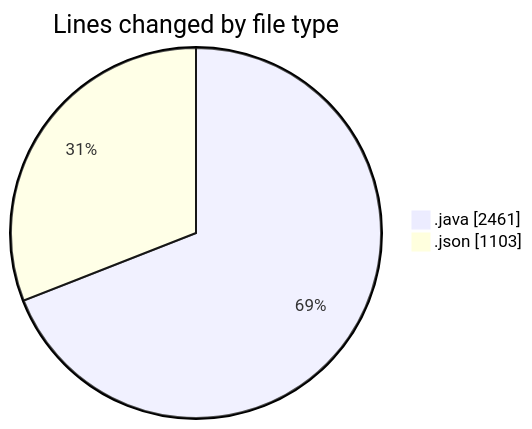
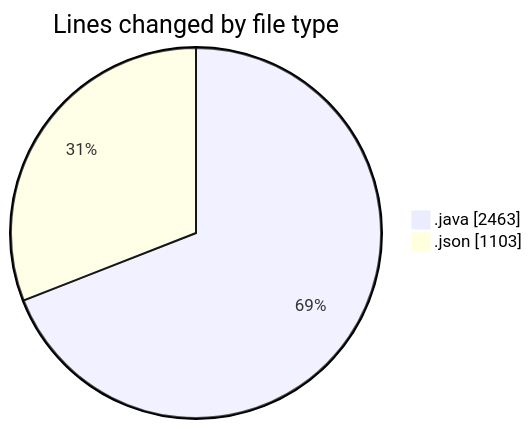
Before and after one commit to ricardozamudiocil/code-tracking: the first of 2 diagrams in 2026-03-26/cilapp/README.md, drawn with Mermaid. The commit also changed other lines of this file and 1 other file, not shown here.

````diff
--- a/2026-03-26/cilapp/README.md
+++ b/2026-03-26/cilapp/README.md
@@ -26,6 +26,6 @@
 ```mermaid
 pie showData
 title Lines changed by file type
-".java" : 2461
+".java" : 2463
 ".json" : 1103
 ```
````
